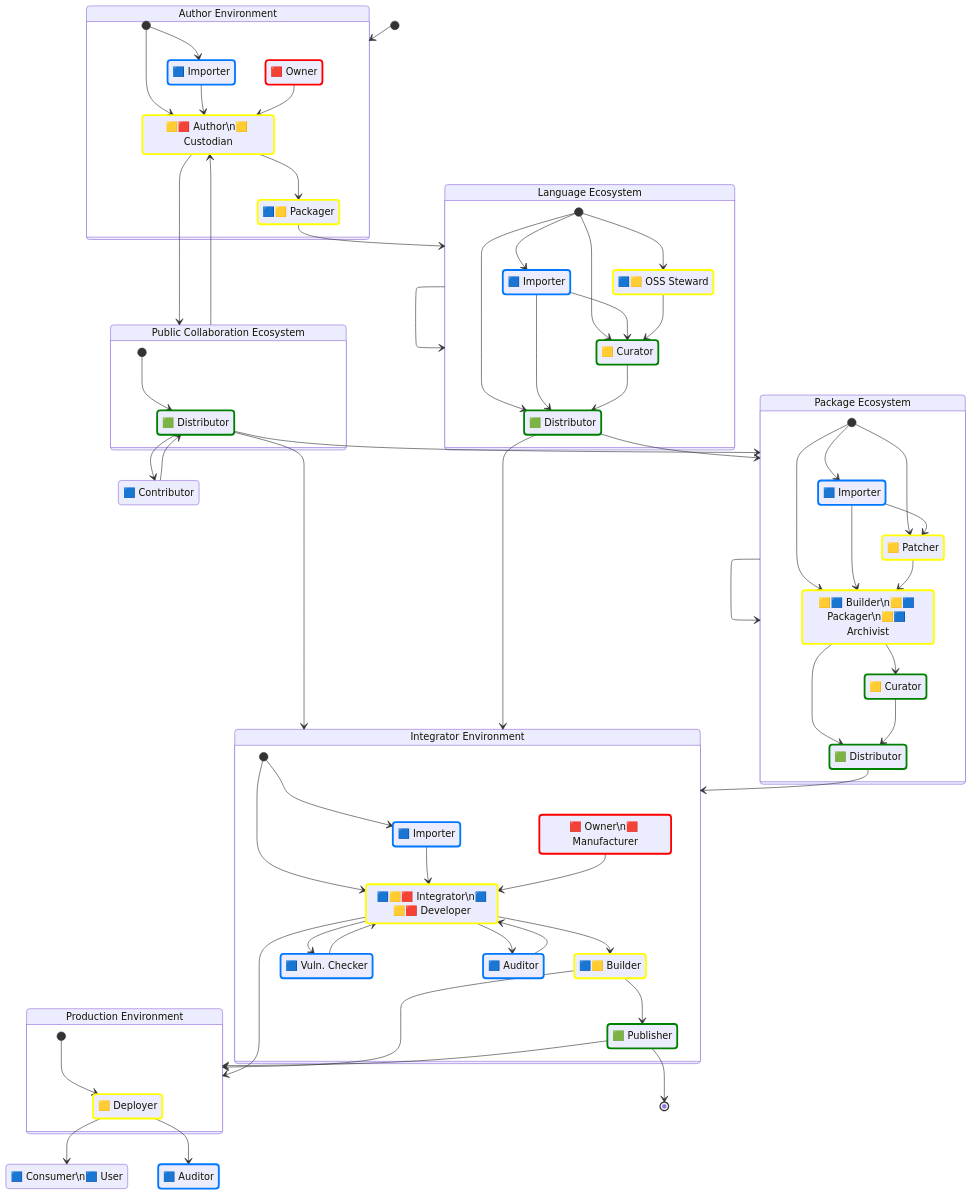
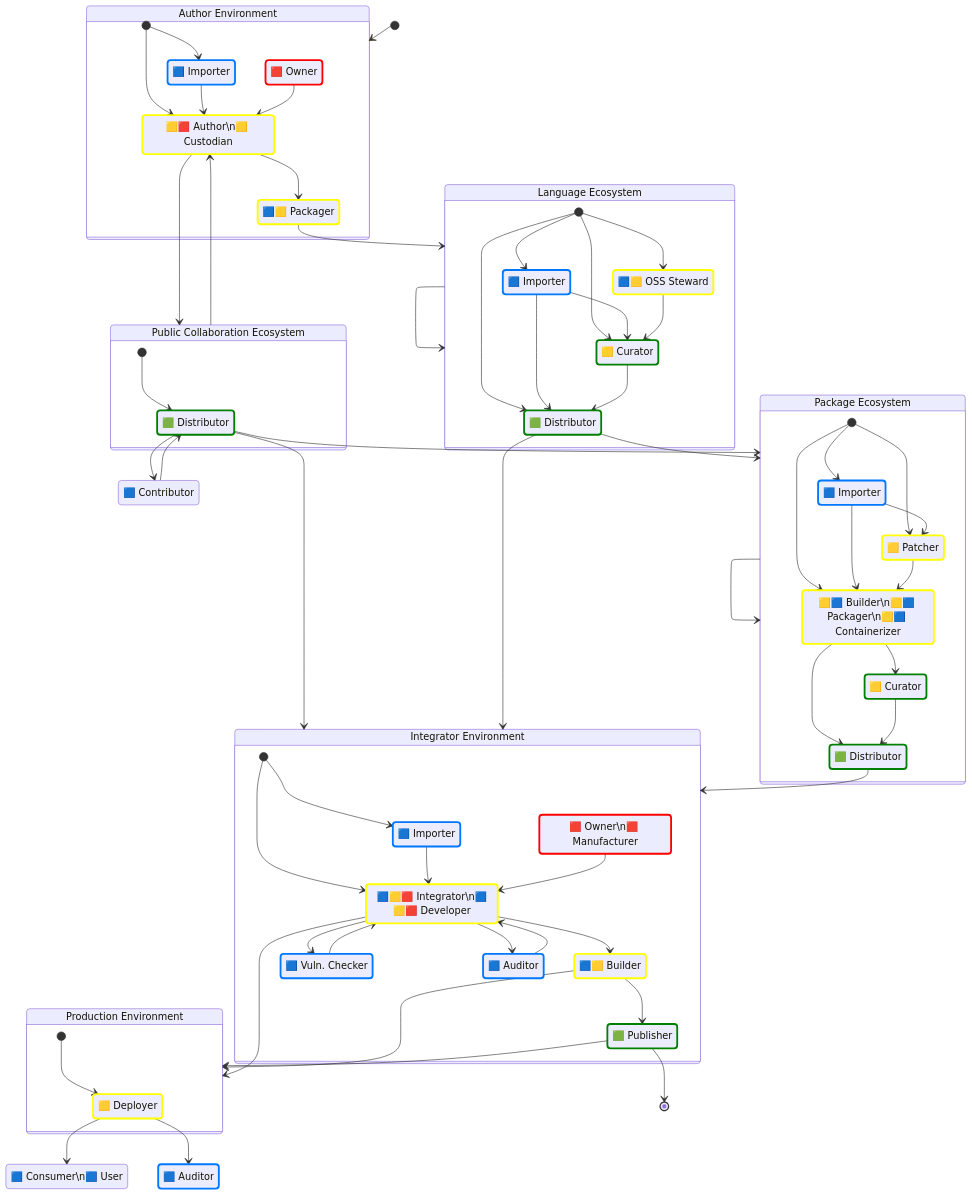
Before and after one commit to CPAN-Security/security.metacpan.org: the second of 3 diagrams in docs/supplychain-sbom.md, drawn with Mermaid. The commit also changed other lines of this file and 1 other file, not shown here.

Commit message:
Rename 'Archivist' to 'Containerizer' (oof). Add a few more TODOs. Tone down the 'SBOM Assembler' role, and instead focus on Authoritiative and non-authoritiative SBOM Authorship

```diff
--- a/docs/supplychain-sbom.md
+++ b/docs/supplychain-sbom.md
@@ -182,7 +166,7 @@
     state "🟦 Contributor" as contributor
     state "🟦 Importer" as package_importer
     state "🟨 Patcher" as package_patcher
-    state "🟨🟦 Builder\n🟨🟦 Packager\n🟨🟦 Archivist" as package_packager
+    state "🟨🟦 Builder\n🟨🟦 Packager\n🟨🟦 Containerizer" as package_packager
     state "🟨 Curator" as package_curator
     state "🟩 Distributor" as package_distributor
     state "🟦 Importer" as integrator_importer
```
